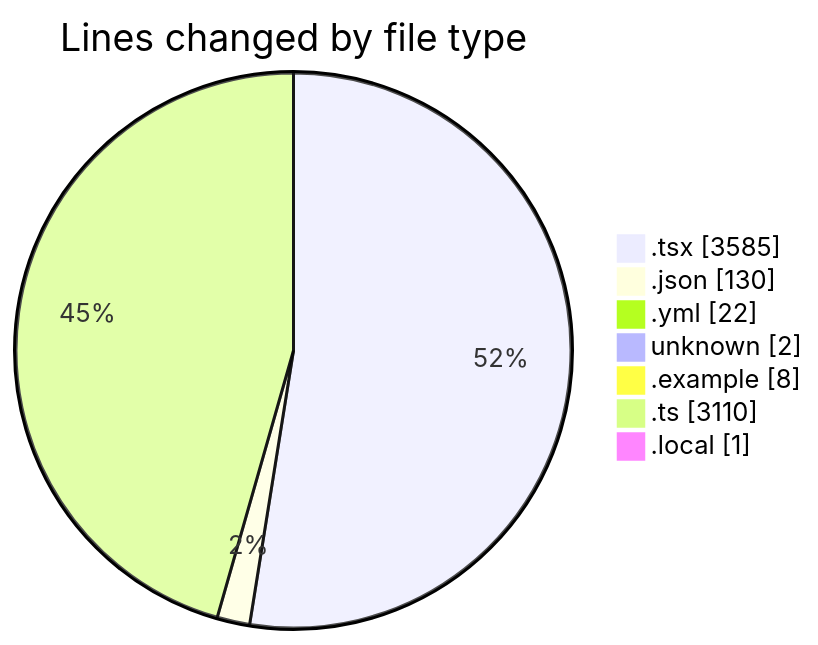
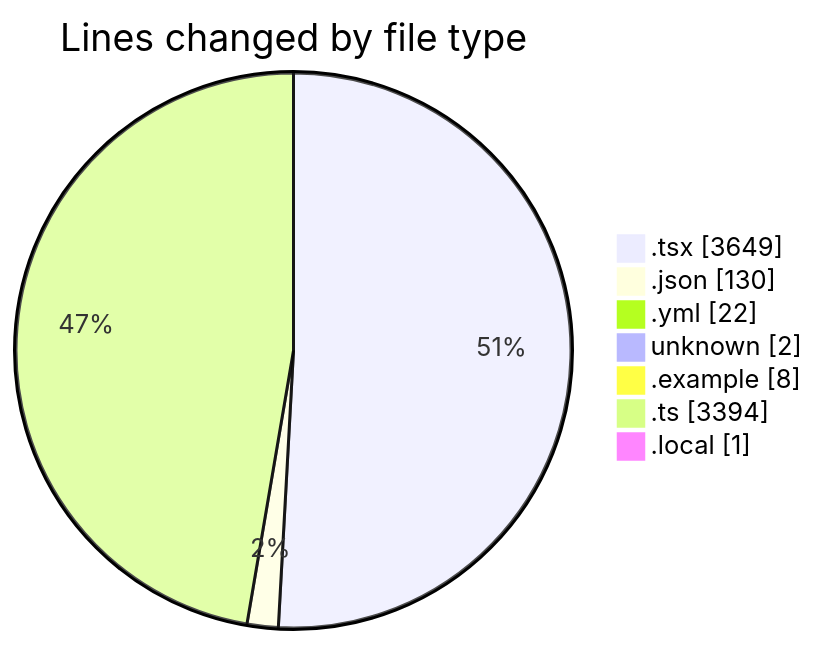
The first of 2 diagrams in 2025-11-21/eventscop-frontend-guide__workspace_/README.md (julien-gomy/code-tracking), drawn with Mermaid before and after one commit. The commit also changed other lines of this file and 1 other file, not shown here.

````diff
--- a/2025-11-21/eventscop-frontend-guide__workspace_/README.md
+++ b/2025-11-21/eventscop-frontend-guide__workspace_/README.md
@@ -64,11 +66,11 @@
 ```mermaid
 pie showData
 title Lines changed by file type
-".tsx" : 3585
+".tsx" : 3649
 ".json" : 130
 ".yml" : 22
 "unknown" : 2
 ".example" : 8
-".ts" : 3110
+".ts" : 3394
 ".local" : 1
 ```
````
